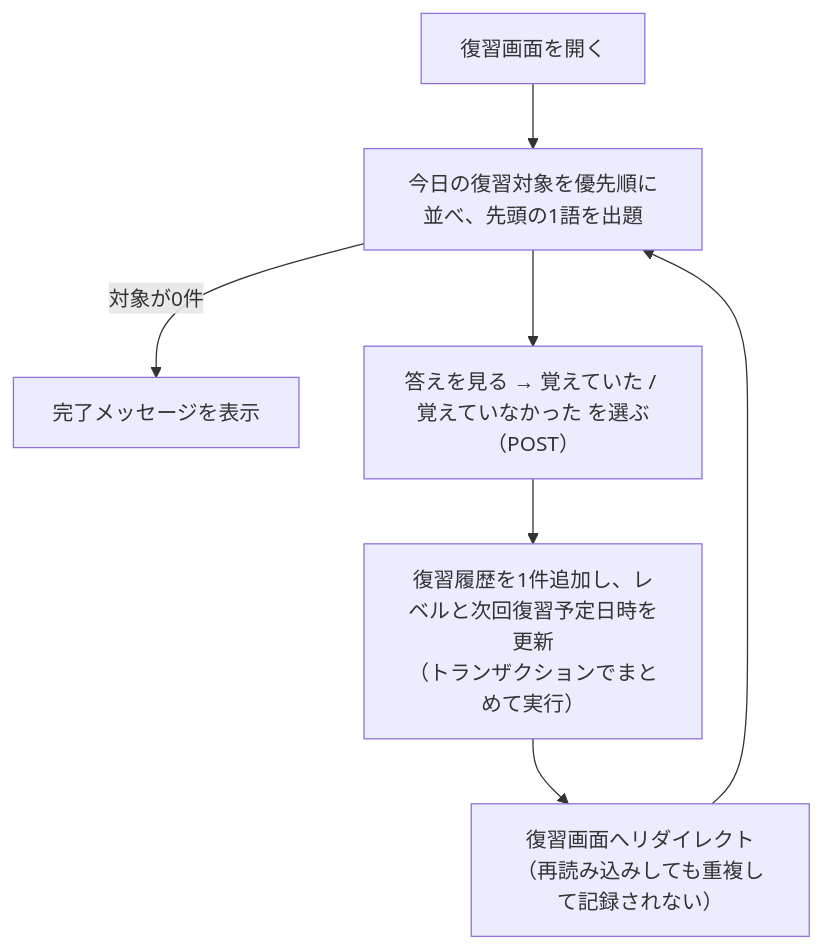
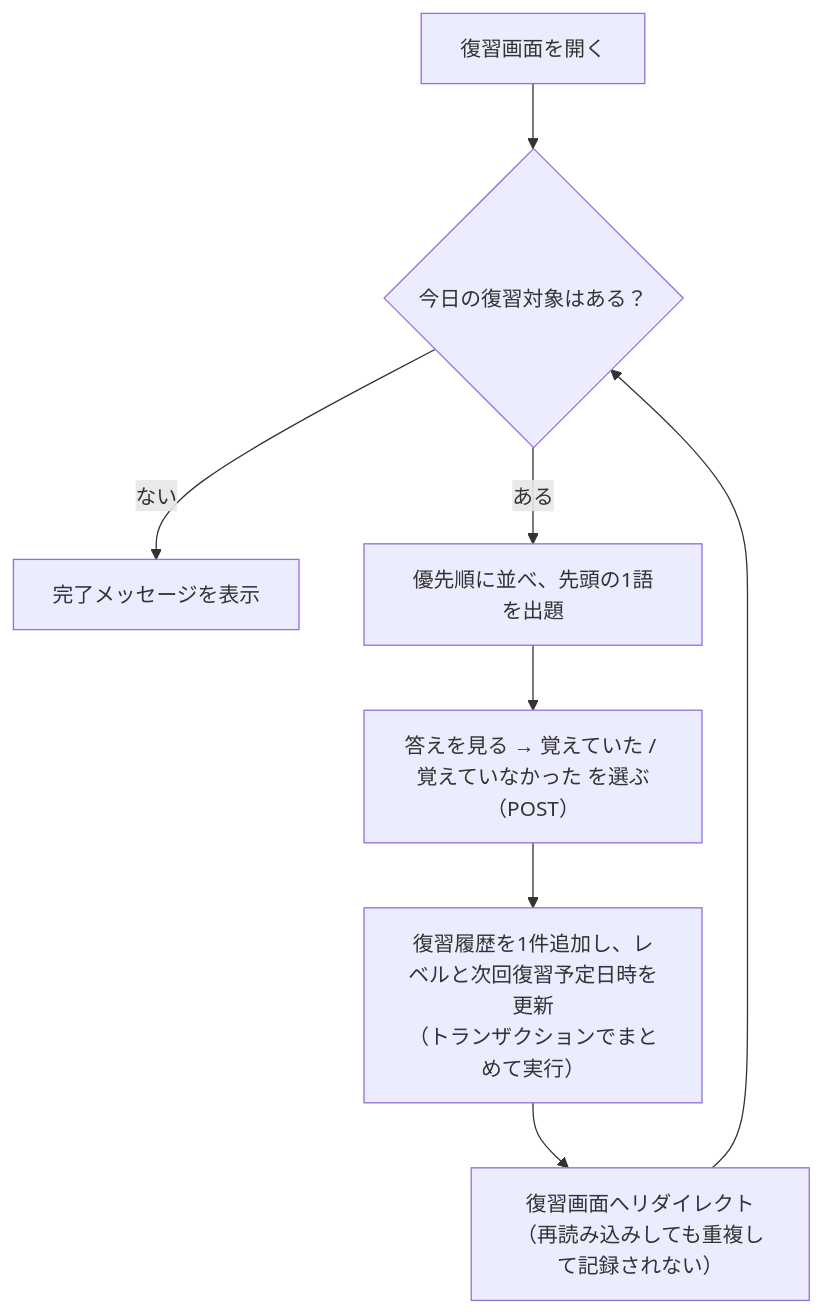
The second of 3 diagrams in README.md (tenten-projects/toeic-review-app), drawn with Mermaid before and after one commit. The commit also changed other lines of this file and 4 other files, not shown here.

````diff
--- a/README.md
+++ b/README.md
@@ -184,9 +240,10 @@
 ```mermaid
 flowchart TD
-    A[復習画面を開く] --> B[今日の復習対象を優先順に並べ、先頭の1語を出題]
-    B -->|対象が0件| F[完了メッセージを表示]
-    B --> C[答えを見る → 覚えていた / 覚えていなかった を選ぶ（POST）]
+    A[復習画面を開く] --> B{今日の復習対象はある？}
+    B -->|ない| F[完了メッセージを表示]
+    B -->|ある| G[優先順に並べ、先頭の1語を出題]
+    G --> C[答えを見る → 覚えていた / 覚えていなかった を選ぶ（POST）]
     C --> D[復習履歴を1件追加し、レベルと次回復習予定日時を更新<br>（トランザクションでまとめて実行）]
     D --> E[復習画面へリダイレクト<br>（再読み込みしても重複して記録されない）]
     E --> B
 ```
````
